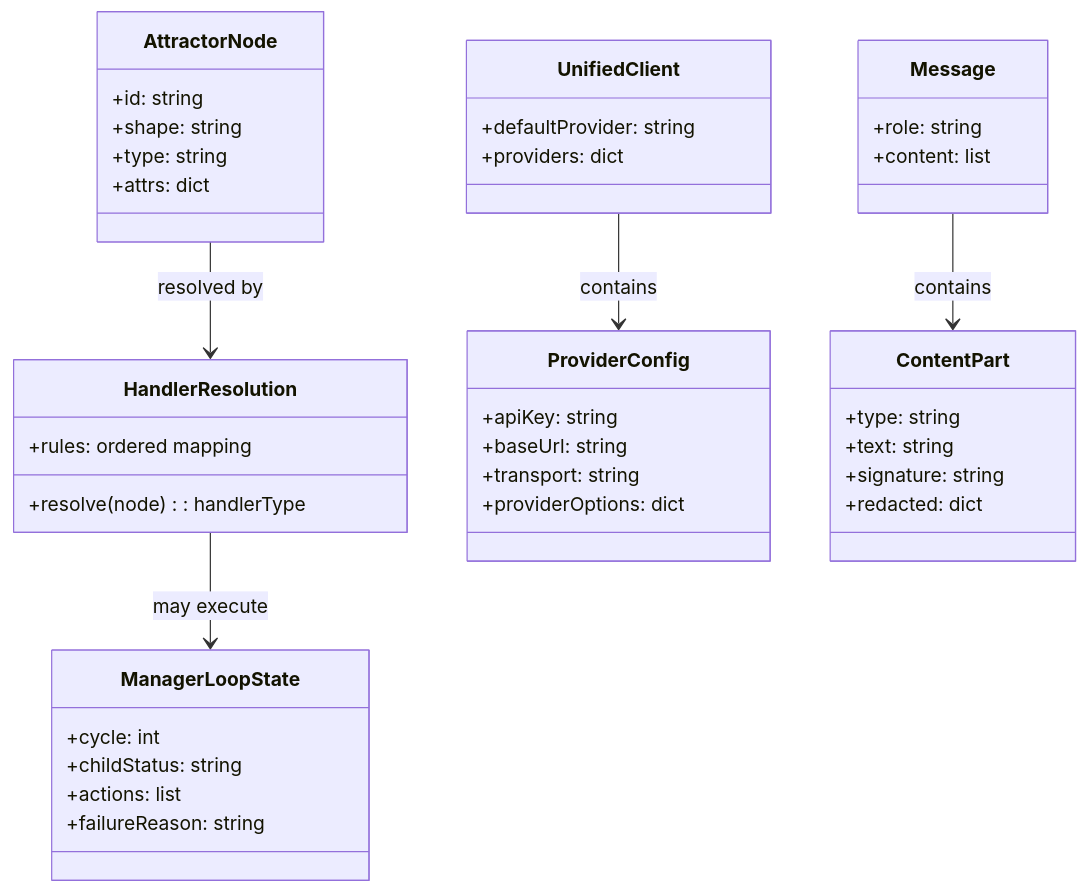
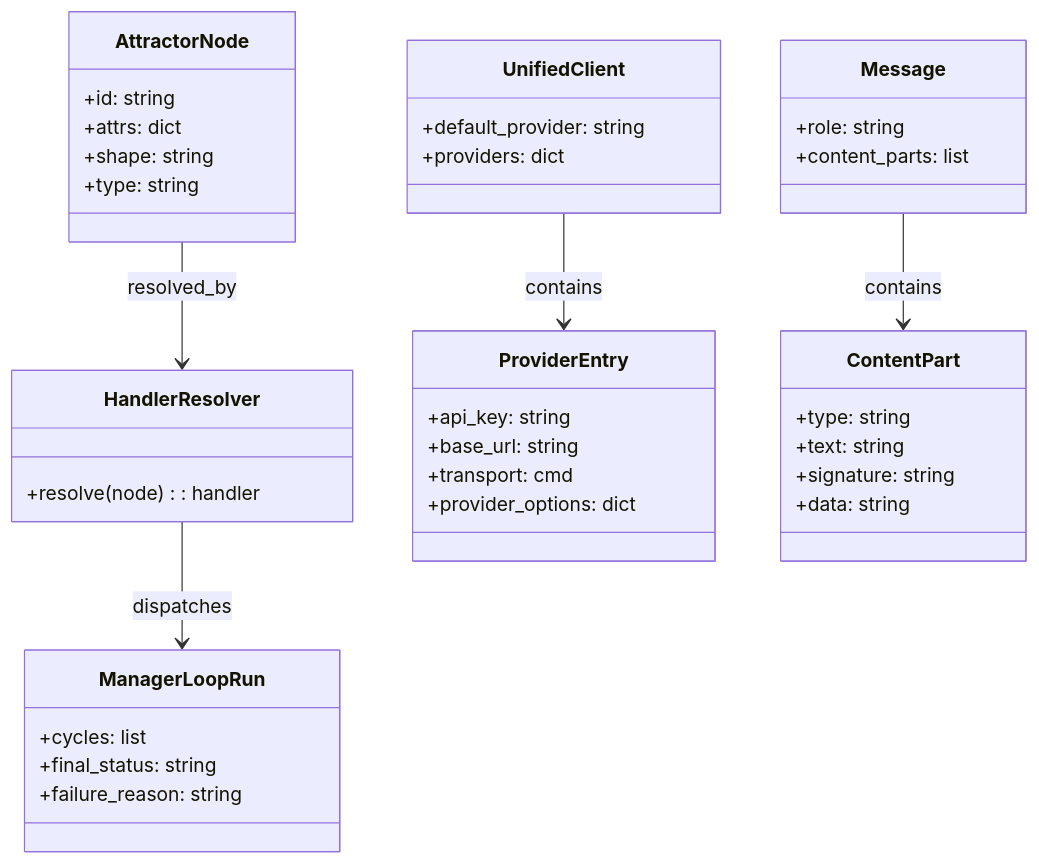
Before and after one commit to jaytaylor/attractor-tcl: the first of 5 diagrams in docs/sprints/SPRINT-006-nlspec-adherence-gap-closure.md, drawn with Mermaid. The commit also changed other lines of this file, not shown here.

````diff
--- a/docs/sprints/SPRINT-006-nlspec-adherence-gap-closure.md
+++ b/docs/sprints/SPRINT-006-nlspec-adherence-gap-closure.md
@@ -634,44 +442,42 @@
 ```mermaid
 classDiagram
   class AttractorNode {
     +id: string
+    +attrs: dict
     +shape: string
     +type: string
-    +attrs: dict
   }
-  class HandlerResolution {
-    +resolve(node): handlerType
-    +rules: ordered mapping
+  class HandlerResolver {
+    +resolve(node): handler
   }
-  class ManagerLoopState {
-    +cycle: int
-    +childStatus: string
-    +actions: list
-    +failureReason: string
+  class ManagerLoopRun {
+    +cycles: list
+    +final_status: string
+    +failure_reason: string
   }
   class UnifiedClient {
-    +defaultProvider: string
+    +default_provider: string
     +providers: dict
   }
-  class ProviderConfig {
-    +apiKey: string
-    +baseUrl: string
-    +transport: string
-    +providerOptions: dict
+  class ProviderEntry {
+    +api_key: string
+    +base_url: string
+    +transport: cmd
+    +provider_options: dict
   }
   class Message {
     +role: string
-    +content: list
+    +content_parts: list
   }
   class ContentPart {
     +type: string
     +text: string
     +signature: string
-    +redacted: dict
+    +data: string
   }
 
-  AttractorNode --> HandlerResolution : resolved by
-  HandlerResolution --> ManagerLoopState : may execute
-  UnifiedClient --> ProviderConfig : contains
+  AttractorNode --> HandlerResolver : resolved_by
+  HandlerResolver --> ManagerLoopRun : dispatches
+  UnifiedClient --> ProviderEntry : contains
   Message --> ContentPart : contains
 ```
````
